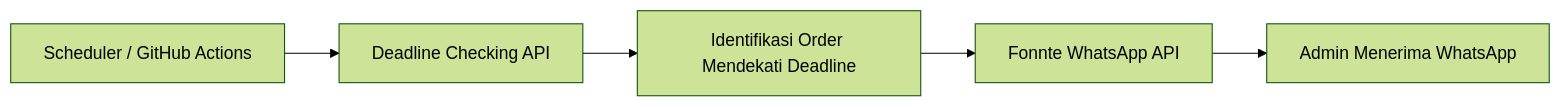
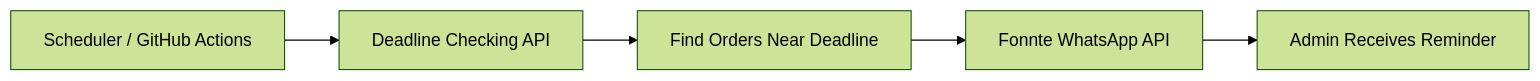
Before and after one commit to ersetdigital-sudo/tntsport: the second of 2 diagrams in README.md, drawn with Mermaid (forest theme). The commit also changed other lines of this file, not shown here.

````diff
--- a/README.md
+++ b/README.md
@@ -174,7 +330,7 @@
 ```mermaid
 flowchart LR
     A[Scheduler / GitHub Actions] --> B[Deadline Checking API]
-    B --> C[Identifikasi Order Mendekati Deadline]
+    B --> C[Find Orders Near Deadline]
     C --> D[Fonnte WhatsApp API]
-    D --> E[Admin Menerima WhatsApp]
+    D --> E[Admin Receives Reminder]
 ```
````
